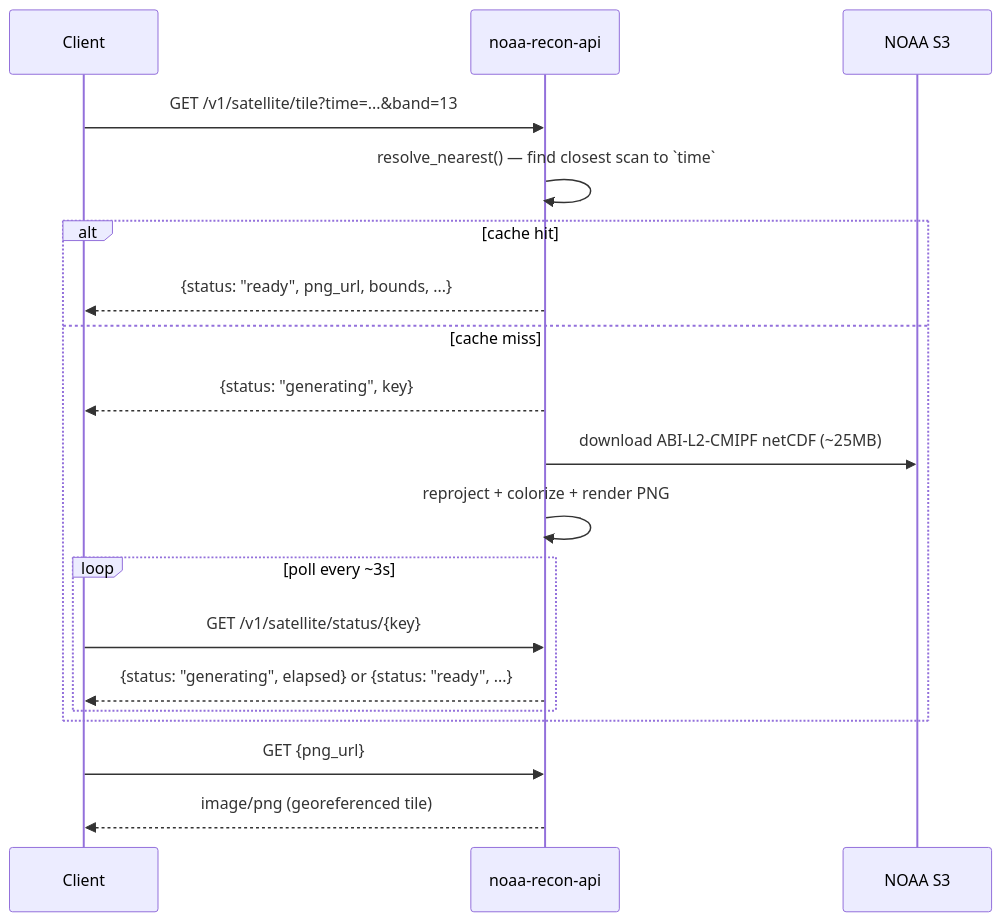
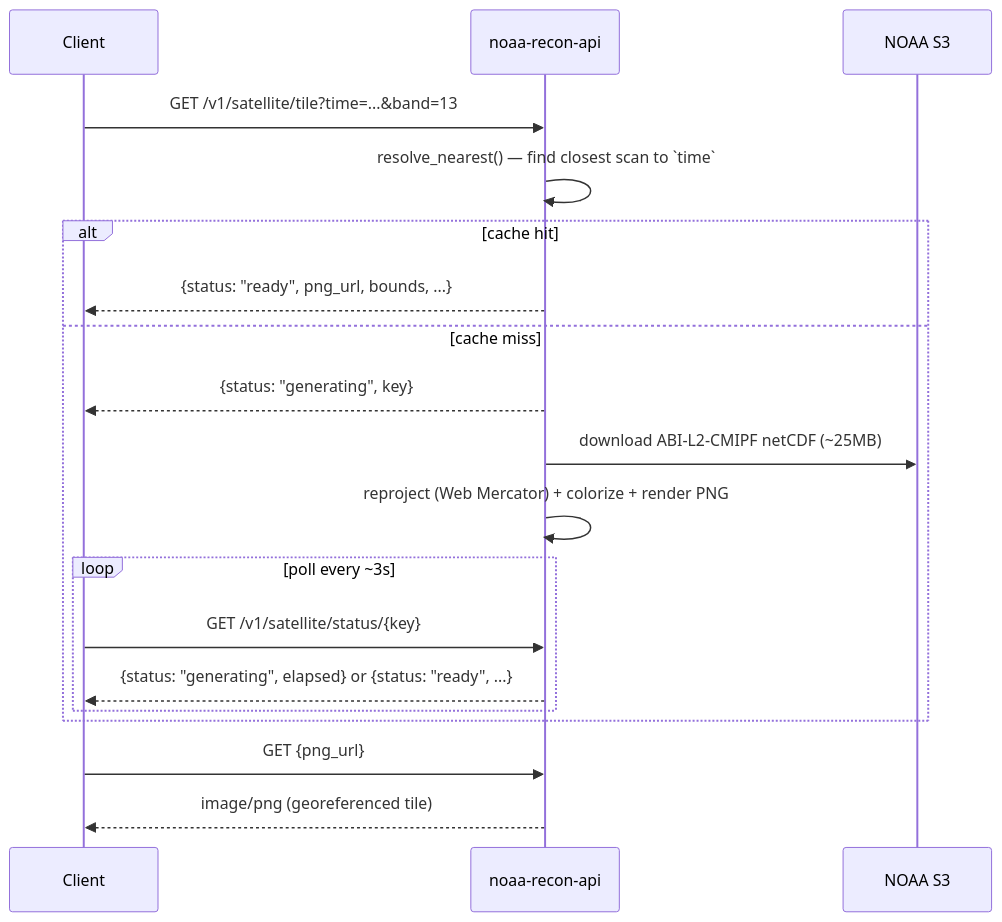
The second of 2 diagrams in README.md (jjmurdock19/noaa-recon-api), drawn with Mermaid before and after one commit. The commit also changed other lines of this file and 9 other files, not shown here.

````diff
--- a/README.md
+++ b/README.md
@@ -62,22 +114,22 @@
 ```mermaid
 sequenceDiagram
     participant Client
     participant API as noaa-recon-api
     participant S3 as NOAA S3
 
     Client->>API: GET /v1/satellite/tile?time=...&band=13
     API->>API: resolve_nearest() — find closest scan to `time`
     alt cache hit
         API-->>Client: {status: "ready", png_url, bounds, ...}
     else cache miss
         API-->>Client: {status: "generating", key}
         API->>S3: download ABI-L2-CMIPF netCDF (~25MB)
-        API->>API: reproject + colorize + render PNG
+        API->>API: reproject (Web Mercator) + colorize + render PNG
         loop poll every ~3s
             Client->>API: GET /v1/satellite/status/{key}
             API-->>Client: {status: "generating", elapsed} or {status: "ready", ...}
         end
     end
     Client->>API: GET {png_url}
     API-->>Client: image/png (georeferenced tile)
 ```
````
